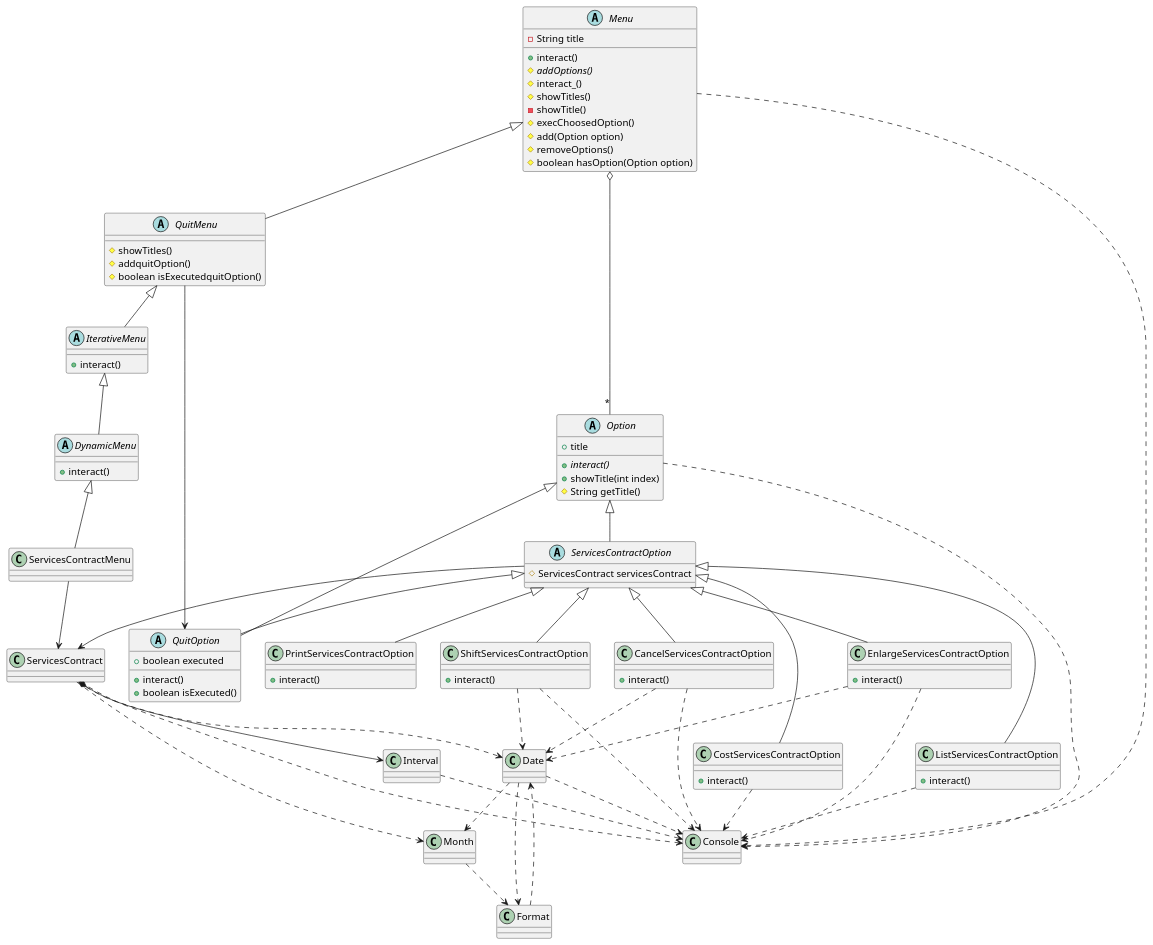
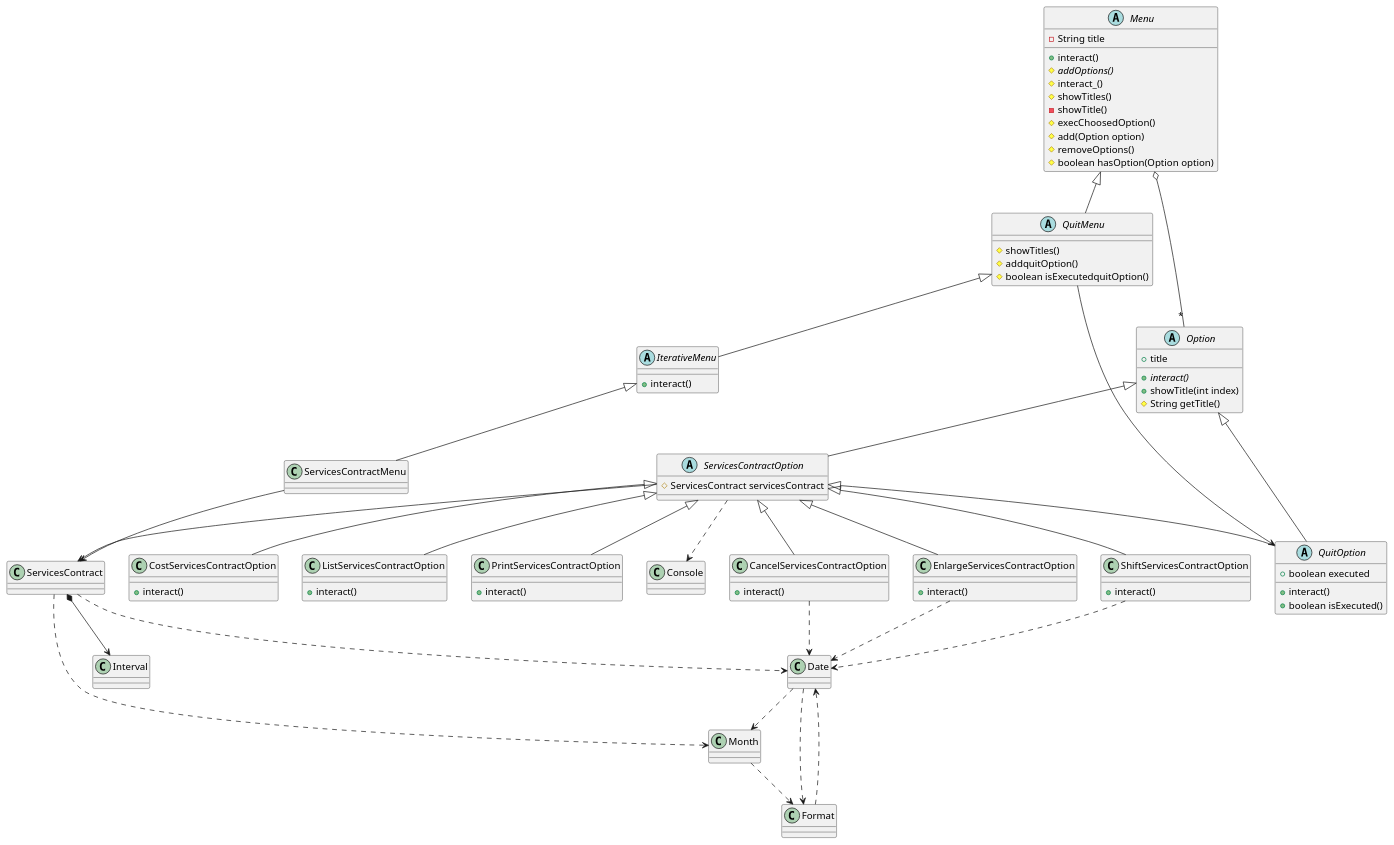
The diagram in MPDS-Java-40-POO/doc/ServiceContractManagement/UML/ModeloClases.puml (jumpering/lab-turing), drawn with PlantUML before and after one commit. The commit also changed 1 other file, not shown here.

```diff
--- a/MPDS-Java-40-POO/doc/ServiceContractManagement/UML/ModeloClases.puml
+++ b/MPDS-Java-40-POO/doc/ServiceContractManagement/UML/ModeloClases.puml
@@ -1,147 +1,133 @@
 @startuml
 class ServicesContract
 abstract class Menu
-abstract class DynamicMenu
 abstract class IterativeMenu
 abstract class QuitMenu
 class ServicesContractMenu
 abstract class Option
 abstract class ServicesContractOption
 class CancelServicesContractOption
 class CostServicesContractOption
 class EnlargeServicesContractOption
 class ListServicesContractOption
 class PrintServicesContractOption
 class QuitOption
 class ShiftServicesContractOption
 class Date
 class Month
 class Format
 class Console
 
 Option <|-- ServicesContractOption
 
 ServicesContractOption <|-- CancelServicesContractOption
 ServicesContractOption <|-- CostServicesContractOption
 ServicesContractOption <|-- EnlargeServicesContractOption
 ServicesContractOption <|-- ListServicesContractOption
 ServicesContractOption <|-- PrintServicesContractOption 
 ServicesContractOption <|-- QuitOption 
 ServicesContractOption <|-- ShiftServicesContractOption 
 
 
 abstract class Menu {
  - String title
  +interact()
  #{abstract} addOptions()
  #interact_()
  #showTitles()
  -showTitle()
  #execChoosedOption()
  #add(Option option)
  #removeOptions()
  #boolean hasOption(Option option)
 }
 
 abstract class QuitMenu {
  #showTitles()
  #addquitOption()
  #boolean isExecutedquitOption()
 }
 
 abstract class IterativeMenu {
  +interact()
 }
 
-abstract class DynamicMenu {
- +interact()
-}
 
 abstract class Option {
  +title
  +{abstract} interact()
  +showTitle(int index)
  #String getTitle()
 }
 
 abstract class QuitOption {
  +boolean executed
  +interact()
  +boolean isExecuted()
 }
 
 abstract class ServicesContractOption {
  #ServicesContract servicesContract
 }
 
 class CancelServicesContractOption
 {
   +interact()
 }
 
 class CostServicesContractOption
 {
   +interact()
 }
 
 class EnlargeServicesContractOption
 {
   +interact()
 }
 
 class ListServicesContractOption
 {
   +interact()
 }
 class PrintServicesContractOption
 {
   +interact()
 }
 class ShiftServicesContractOption
 {
   +interact()
 }
 
 QuitMenu --> QuitOption
 
 Menu <|-- QuitMenu
 QuitMenu <|-- IterativeMenu
-IterativeMenu <|-- DynamicMenu
-DynamicMenu <|-- ServicesContractMenu 
+IterativeMenu <|-- ServicesContractMenu 
 Option <|-- QuitOption
 
 Menu o--"*" Option
 ServicesContractMenu --> ServicesContract
 ServicesContractOption --> ServicesContract
 
-ServicesContract ..> Console
-Menu ..> Console
-CancelServicesContractOption ..> Console
-CostServicesContractOption ..> Console
-EnlargeServicesContractOption ..> Console
-ListServicesContractOption ..> Console
-Option ..> Console
-ShiftServicesContractOption ..> Console
-Interval ..> Console
-Date ..> Console
+ServicesContractOption ..> Console
 
 ServicesContract *--> Interval
 
 Date ..> Month
 ServicesContract ..> Month
 
 ServicesContract ..> Date
 CancelServicesContractOption ..> Date
 EnlargeServicesContractOption ..> Date
 ShiftServicesContractOption ..> Date
 Format ..> Date
 
 Date ..> Format
 Month ..> Format
 
 
 
 
 
 
 @enduml
```
